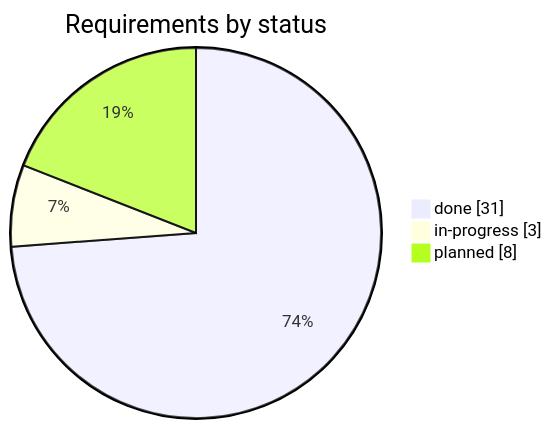
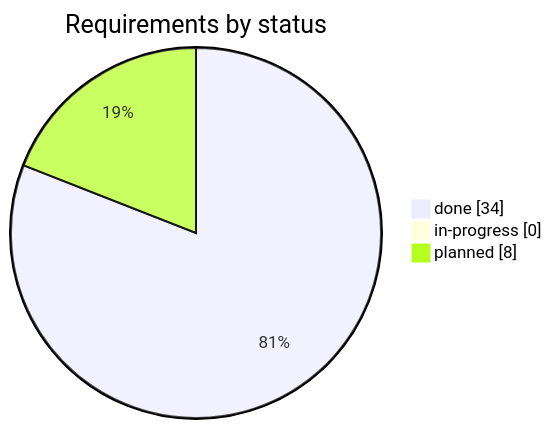
Before and after one commit to rikire/Exchange-Student-Guide-Platform: the first of 2 diagrams in docs/gap-list.md, drawn with Mermaid. The commit also changed other lines of this file and 2 other files, not shown here.

First line of the commit message:
docs: NFR-004 done, on the human's decision [NFR-004]

````diff
--- a/docs/gap-list.md
+++ b/docs/gap-list.md
@@ -13,6 +13,6 @@
 ```mermaid
 pie showData title Requirements by status
-    "done" : 31
-    "in-progress" : 3
+    "done" : 34
+    "in-progress" : 0
     "planned" : 8
 ```
````
